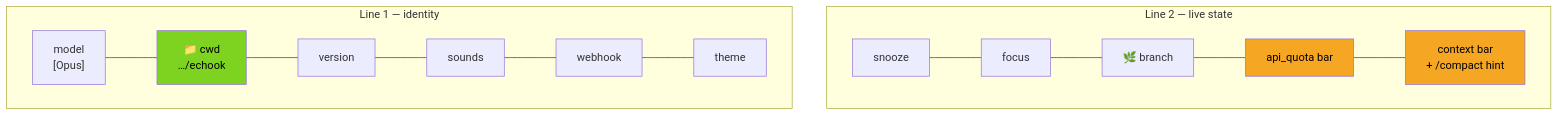
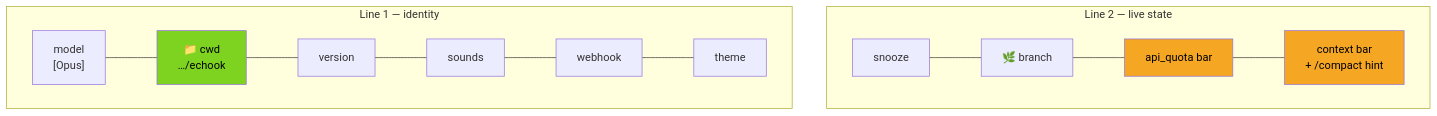
The ninth of 9 diagrams in README.md (Samehadar/echook), drawn with Mermaid before and after one commit. The commit also changed other lines of this file and 55 other files, not shown here.

````diff
--- a/README.md
+++ b/README.md
@@ -650,16 +646,16 @@
 ```mermaid
 flowchart LR
     subgraph L1["Line 1 — identity"]
         direction LR
         M["model<br/>[Opus]"] --- CWD["📁 cwd<br/>…/echook"] --- V["version"] --- S["sounds"] --- W["webhook"] --- T["theme"]
     end
     subgraph L2["Line 2 — live state"]
         direction LR
-        SN["snooze"] --- F["focus"] --- B["🌿 branch"] --- AQ["api_quota bar"] --- CX["context bar<br/>+ /compact hint"]
+        SN["snooze"] --- B["🌿 branch"] --- AQ["api_quota bar"] --- CX["context bar<br/>+ /compact hint"]
     end
     L1 ~~~ L2
 
     style CWD fill:#7ED321,color:#000
     style CX fill:#F5A623,color:#000
     style AQ fill:#F5A623,color:#000
 ```
````
